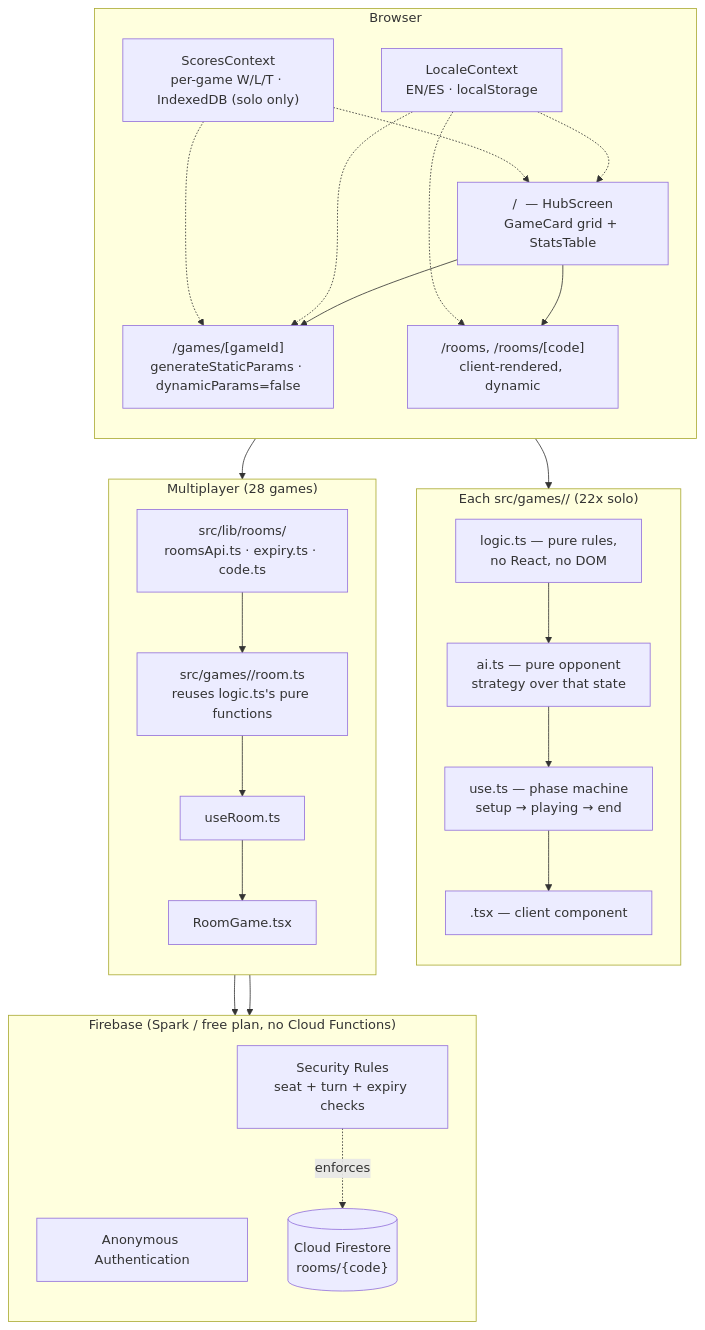
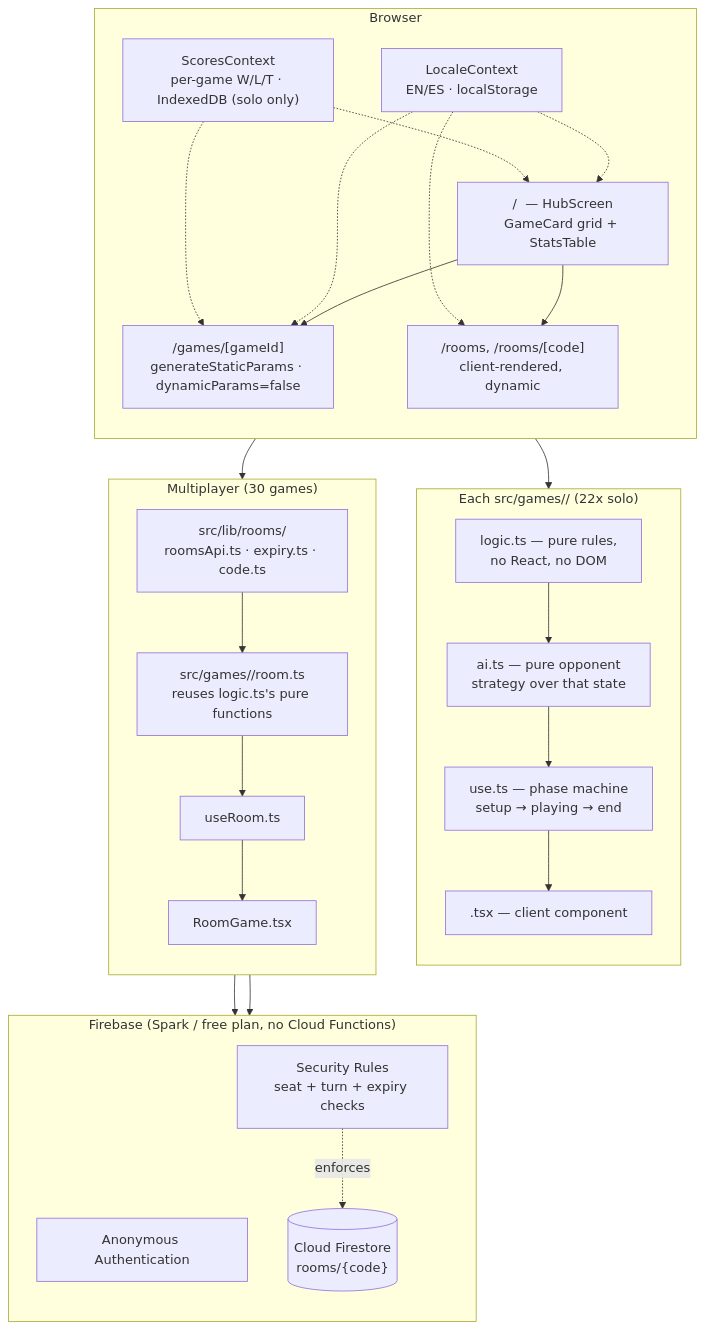
One commit to JoanOliver04/minigame-hub changed the diagram in README.md. Above: the diagram before and after it, drawn with Mermaid. The commit also changed other lines of this file and 27 other files, not shown here.

````diff
--- a/README.md
+++ b/README.md
@@ -216,50 +218,50 @@
 ```mermaid
 flowchart TB
     subgraph Browser
         direction TB
         Hub["/  — HubScreen<br/>GameCard grid + StatsTable"]
         Game["/games/[gameId]<br/>generateStaticParams · dynamicParams=false"]
         Rooms["/rooms, /rooms/[code]<br/>client-rendered, dynamic"]
         LC["LocaleContext<br/>EN/ES · localStorage"]
         SC["ScoresContext<br/>per-game W/L/T · IndexedDB (solo only)"]
         Hub --> Game
         Hub --> Rooms
         LC -.-> Hub
         LC -.-> Game
         LC -.-> Rooms
         SC -.-> Hub
         SC -.-> Game
     end
 
     subgraph PerGame["Each src/games/<id>/ (22x solo)"]
         direction TB
         Logic["logic.ts — pure rules,<br/>no React, no DOM"]
         AI["ai.ts — pure opponent<br/>strategy over that state"]
         Hook["use<Name>.ts — phase machine<br/>setup → playing → end"]
         View["<Name>.tsx — client component"]
         Logic --> AI --> Hook --> View
     end
 
-    subgraph RoomLayer["Multiplayer (28 games)"]
+    subgraph RoomLayer["Multiplayer (30 games)"]
         direction TB
         RoomLib["src/lib/rooms/<br/>roomsApi.ts · expiry.ts · code.ts"]
         RoomGame["src/games/<id>/room.ts<br/>reuses logic.ts's pure functions"]
         RoomHook["use<Name>Room.ts"]
         RoomView["<Name>RoomGame.tsx"]
         RoomLib --> RoomGame --> RoomHook --> RoomView
     end
 
     Game --> PerGame
     Rooms --> RoomLayer
 
     subgraph Firebase["Firebase (Spark / free plan, no Cloud Functions)"]
         direction TB
         Auth["Anonymous Authentication"]
         FS[("Cloud Firestore<br/>rooms/{code}")]
         Rules["Security Rules<br/>seat + turn + expiry checks"]
     end
 
     RoomLib --> Auth
     RoomLib --> FS
     Rules -.enforces.-> FS
 ```
````
